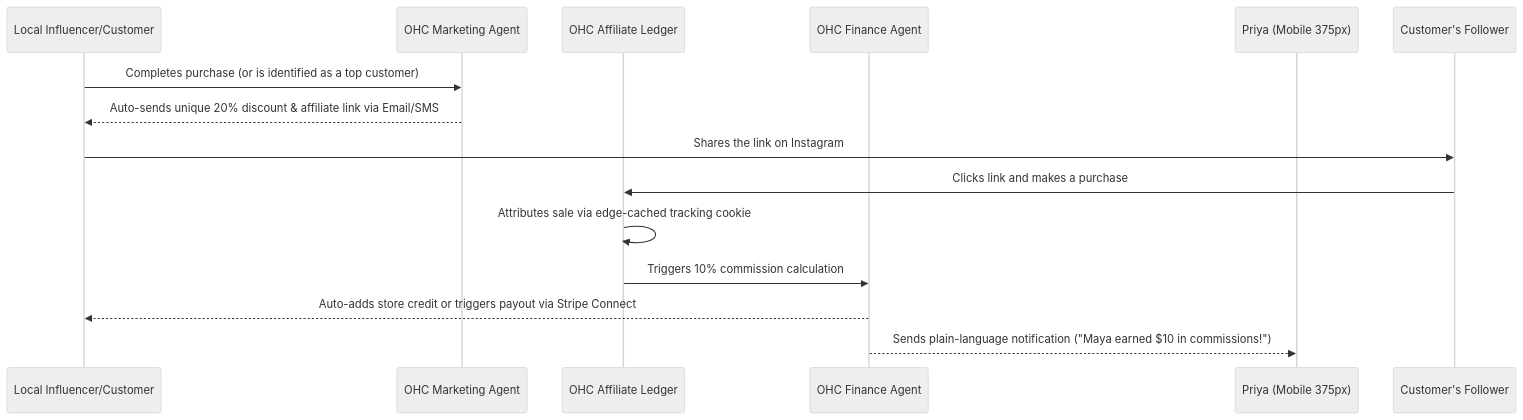
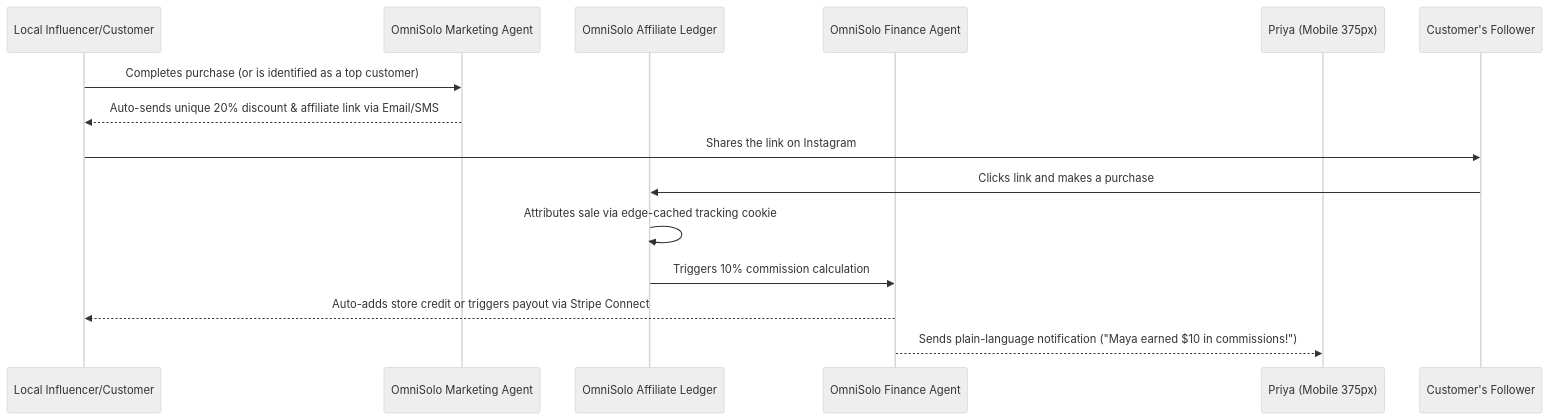
Before and after one commit to omnisolo-llc/onehumancorp: the diagram in docs/research/[architecture]_autonomous_influencer_and_affiliate_marketing_engine.md, drawn with Mermaid (neutral theme). The commit also changed other lines of this file and 2191 other files, not shown here.

Commit message:
feat: complete OmniSolo rename and browser audit

````diff
--- a/docs/research/[architecture]_autonomous_influencer_and_affiliate_marketing_engine.md
+++ b/docs/research/[architecture]_autonomous_influencer_and_affiliate_marketing_engine.md
@@ -28,17 +28,17 @@
 ```mermaid
 sequenceDiagram
     participant Customer as Local Influencer/Customer
-    participant Agent as OHC Marketing Agent
-    participant Core as OHC Affiliate Ledger
-    participant Finance as OHC Finance Agent
+    participant Agent as OmniSolo Marketing Agent
+    participant Core as OmniSolo Affiliate Ledger
+    participant Finance as OmniSolo Finance Agent
     participant Owner as Priya (Mobile 375px)
 
     Customer->>Agent: Completes purchase (or is identified as a top customer)
     Agent-->>Customer: Auto-sends unique 20% discount & affiliate link via Email/SMS
     Customer->>Customer's Follower: Shares the link on Instagram
     Customer's Follower->>Core: Clicks link and makes a purchase
     Core->>Core: Attributes sale via edge-cached tracking cookie
     Core->>Finance: Triggers 10% commission calculation
     Finance-->>Customer: Auto-adds store credit or triggers payout via Stripe Connect
     Finance-->>Owner: Sends plain-language notification ("Maya earned $10 in commissions!")
 ```
````
